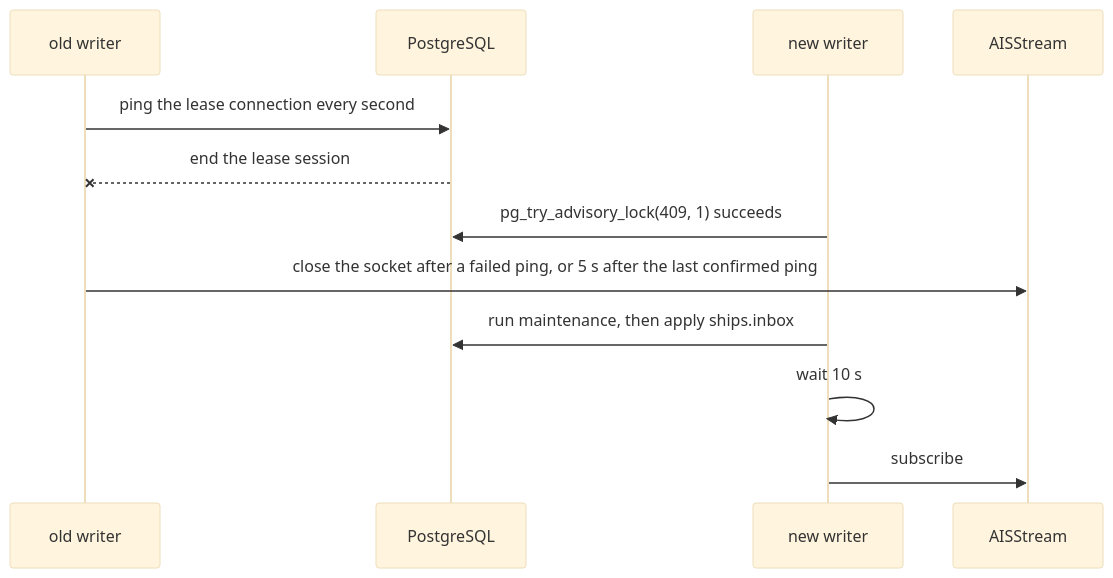
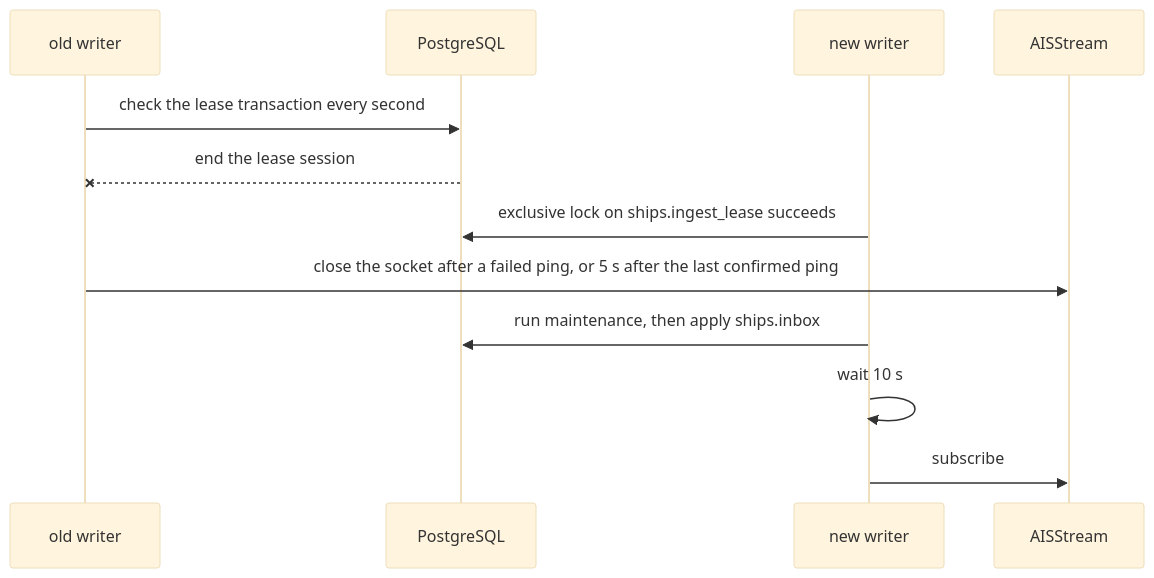
The fourth of 4 diagrams in projects/ships/ARCHITECTURE.md (jomcgi-org/homelab), drawn with Mermaid (base theme) before and after one commit. The commit also changed other lines of this file and 4 other files, not shown here.

First line of the commit message:
fix(ships): isolate the ingester lease from the publisher login

````diff
--- a/projects/ships/ARCHITECTURE.md
+++ b/projects/ships/ARCHITECTURE.md
@@ -230,14 +230,14 @@
 ```mermaid
 sequenceDiagram
   participant Old as old writer
   participant PG as PostgreSQL
   participant New as new writer
   participant Feed as AISStream
-  Old->>PG: ping the lease connection every second
+  Old->>PG: check the lease transaction every second
   PG--xOld: end the lease session
-  New->>PG: pg_try_advisory_lock(409, 1) succeeds
+  New->>PG: exclusive lock on ships.ingest_lease succeeds
   Old->>Feed: close the socket after a failed ping, or 5 s after the last confirmed ping
   New->>PG: run maintenance, then apply ships.inbox
   New->>New: wait 10 s
   New->>Feed: subscribe
 ```
````
